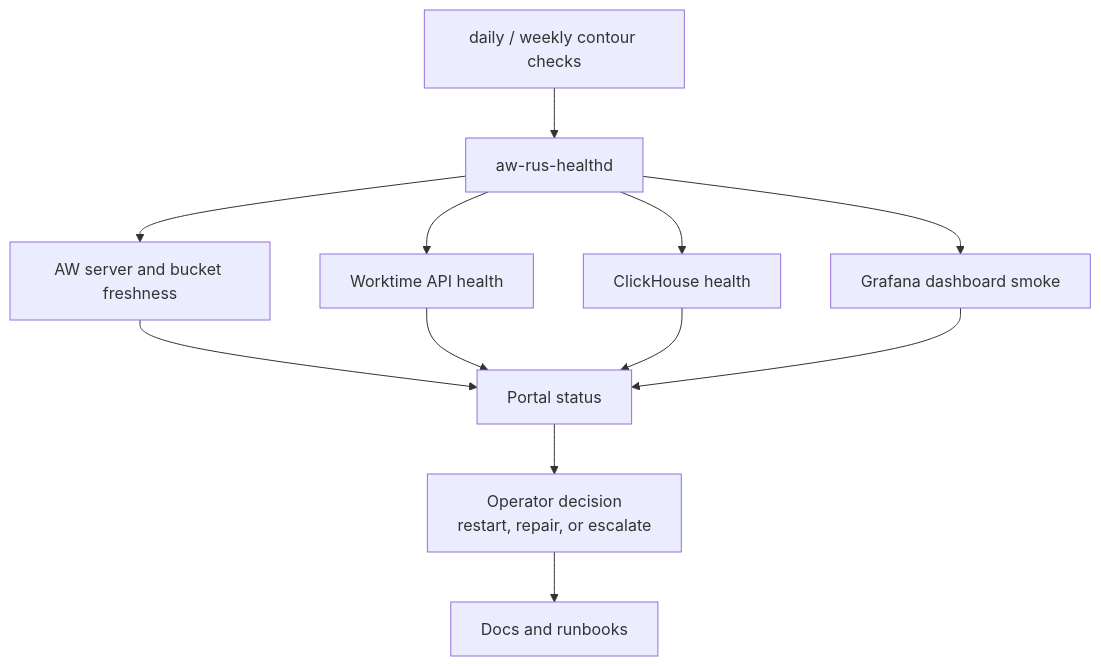
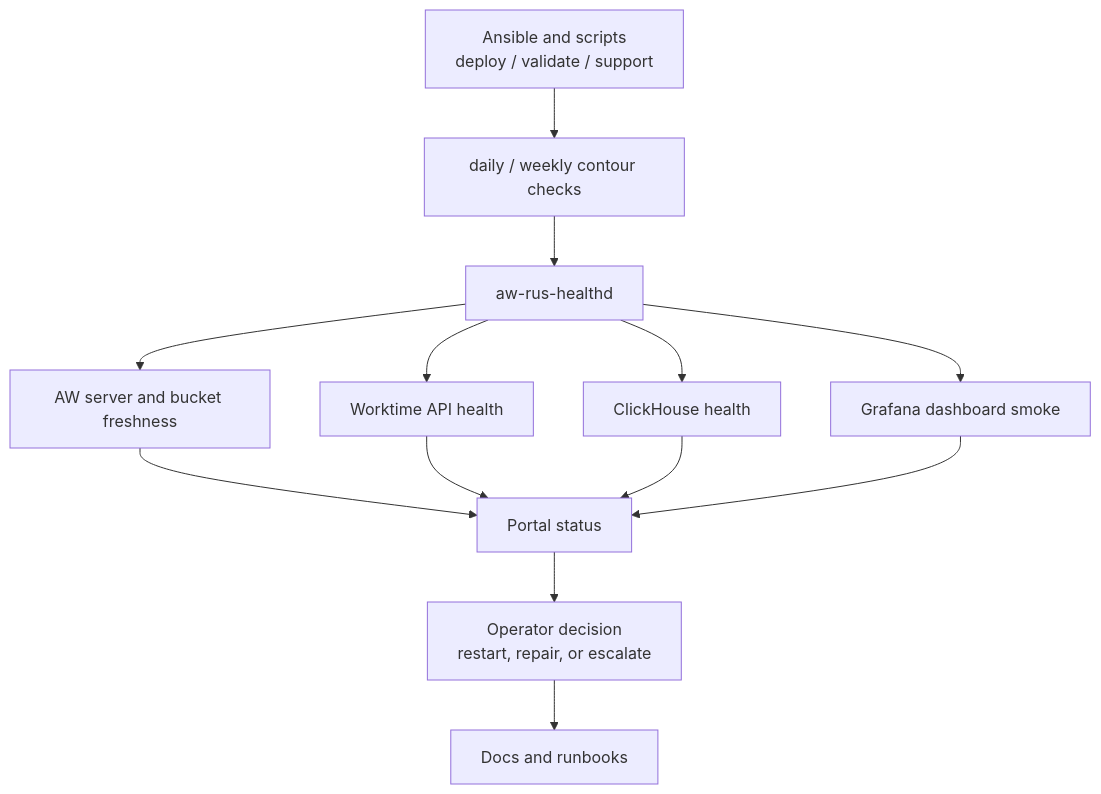
One commit to igor04091968/AWatch-rus changed the seventh of 8 diagrams in docs/MODULE_ARCHITECTURE_GRAPH_RU.md. Above: the diagram before and after it, drawn with Mermaid. The commit also changed other lines of this file and 5 other files, not shown here.

Commit message:
docs(architecture): track orchestration map

````diff
--- a/docs/MODULE_ARCHITECTURE_GRAPH_RU.md
+++ b/docs/MODULE_ARCHITECTURE_GRAPH_RU.md
@@ -211,14 +211,15 @@
 ```mermaid
 flowchart TD
   DailyCheck["daily / weekly contour checks"] --> Healthd["aw-rus-healthd"]
+  Orchestration["Ansible and scripts<br/>deploy / validate / support"] --> DailyCheck
   Healthd --> AwCheck["AW server and bucket freshness"]
   Healthd --> WorktimeCheck["Worktime API health"]
   Healthd --> ClickHouseCheck["ClickHouse health"]
   Healthd --> GrafanaCheck["Grafana dashboard smoke"]
   AwCheck --> Status["Portal status"]
   WorktimeCheck --> Status
   ClickHouseCheck --> Status
   GrafanaCheck --> Status
   Status --> Operator["Operator decision<br/>restart, repair, or escalate"]
   Operator --> Runbooks["Docs and runbooks"]
 ```
````
